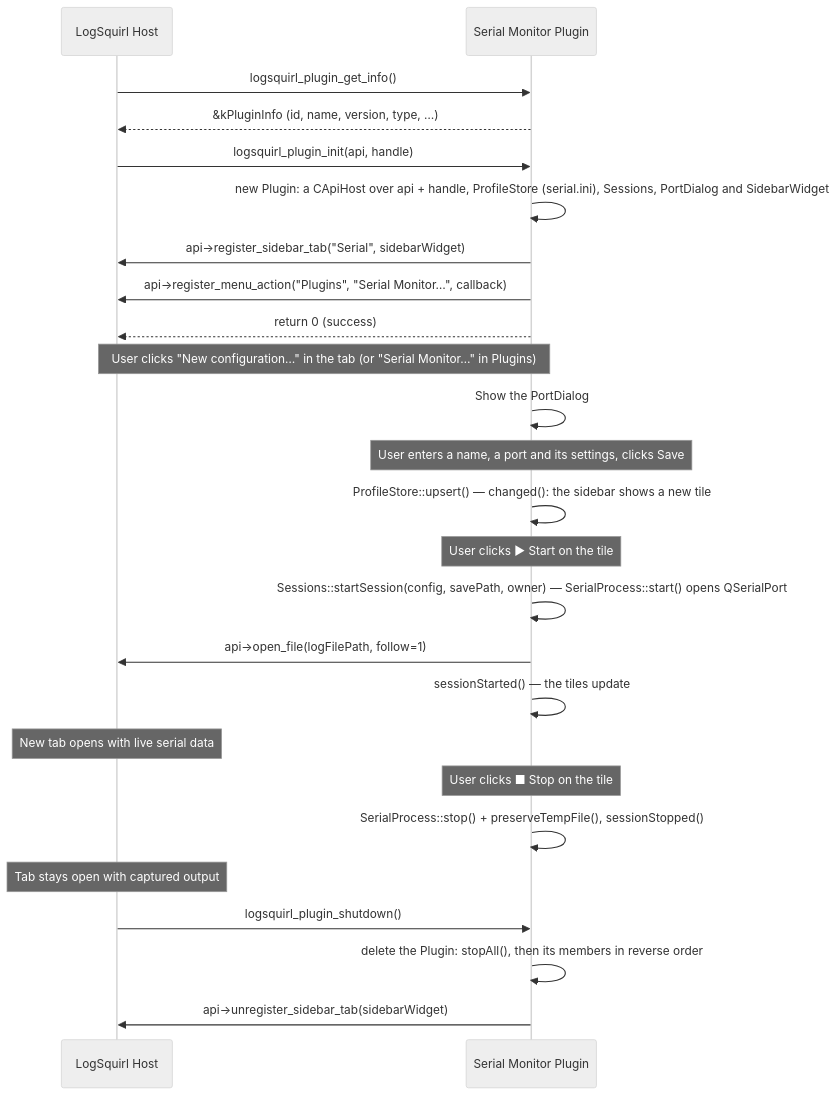
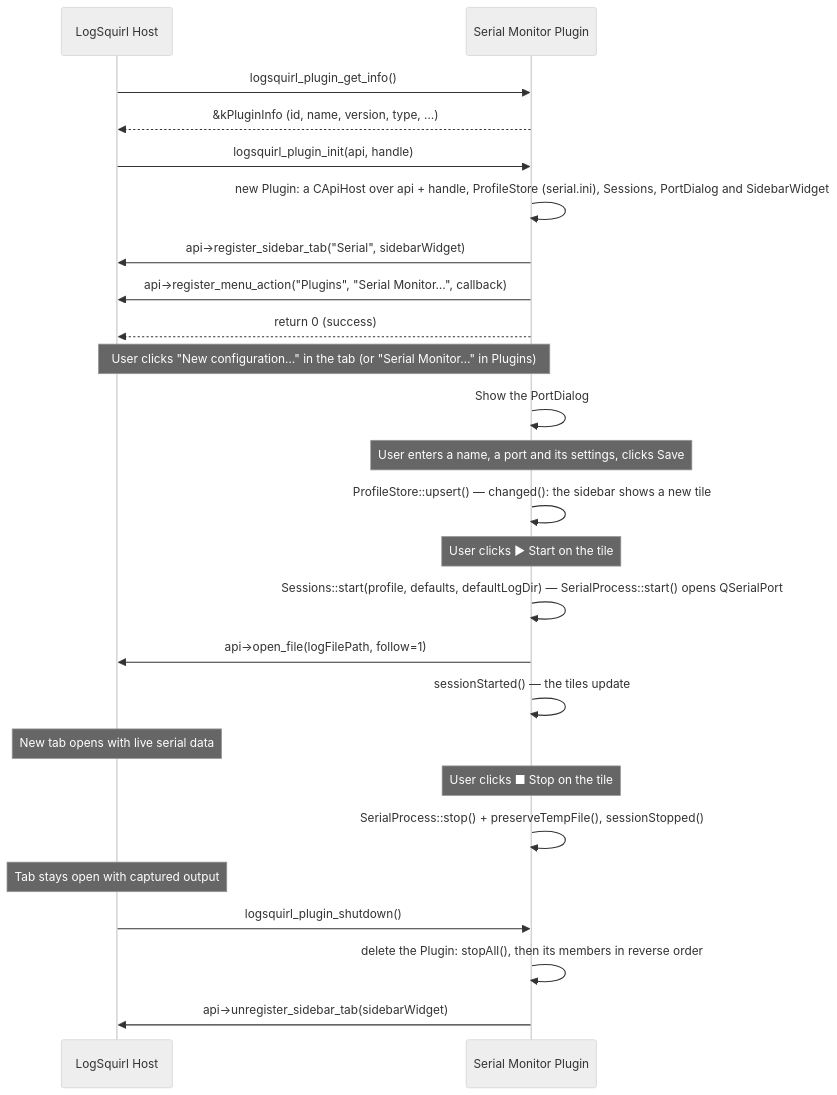
One commit to 64x-lunicorn/LogSquirl-Serial changed the first of 2 diagrams in docs/DEVELOPER_GUIDE.md. Above: the diagram before and after it, drawn with Mermaid (neutral theme). The commit also changed other lines of this file and 12 other files, not shown here.

First line of the commit message:
Start a capture from a profile in one call (#61)

````diff
--- a/docs/DEVELOPER_GUIDE.md
+++ b/docs/DEVELOPER_GUIDE.md
@@ -24,38 +24,38 @@
 ```mermaid
 sequenceDiagram
     participant Host as LogSquirl Host
     participant Plugin as Serial Monitor Plugin
 
     Host->>Plugin: logsquirl_plugin_get_info()
     Plugin-->>Host: &kPluginInfo (id, name, version, type, …)
 
     Host->>Plugin: logsquirl_plugin_init(api, handle)
     Plugin->>Plugin: new Plugin: a CApiHost over api + handle, ProfileStore (serial.ini), Sessions, PortDialog and SidebarWidget
     Plugin->>Host: api->register_sidebar_tab("Serial", sidebarWidget)
     Plugin->>Host: api->register_menu_action("Plugins", "Serial Monitor…", callback)
     Plugin-->>Host: return 0 (success)
 
     Note over Host,Plugin: User clicks "New configuration…" in the tab (or "Serial Monitor…" in Plugins)
 
     Plugin->>Plugin: Show the PortDialog
     Note over Plugin: User enters a name, a port and its settings, clicks Save
     Plugin->>Plugin: ProfileStore::upsert() — changed(): the sidebar shows a new tile
 
     Note over Plugin: User clicks ▶ Start on the tile
 
-    Plugin->>Plugin: Sessions::startSession(config, savePath, owner) — SerialProcess::start() opens QSerialPort
+    Plugin->>Plugin: Sessions::start(profile, defaults, defaultLogDir) — SerialProcess::start() opens QSerialPort
     Plugin->>Host: api->open_file(logFilePath, follow=1)
     Plugin->>Plugin: sessionStarted() — the tiles update
 
     Note over Host: New tab opens with live serial data
 
     Note over Plugin: User clicks ■ Stop on the tile
 
     Plugin->>Plugin: SerialProcess::stop() + preserveTempFile(), sessionStopped()
 
     Note over Host: Tab stays open with captured output
 
     Host->>Plugin: logsquirl_plugin_shutdown()
     Plugin->>Plugin: delete the Plugin: stopAll(), then its members in reverse order
     Plugin->>Host: api->unregister_sidebar_tab(sidebarWidget)
 ```
````
